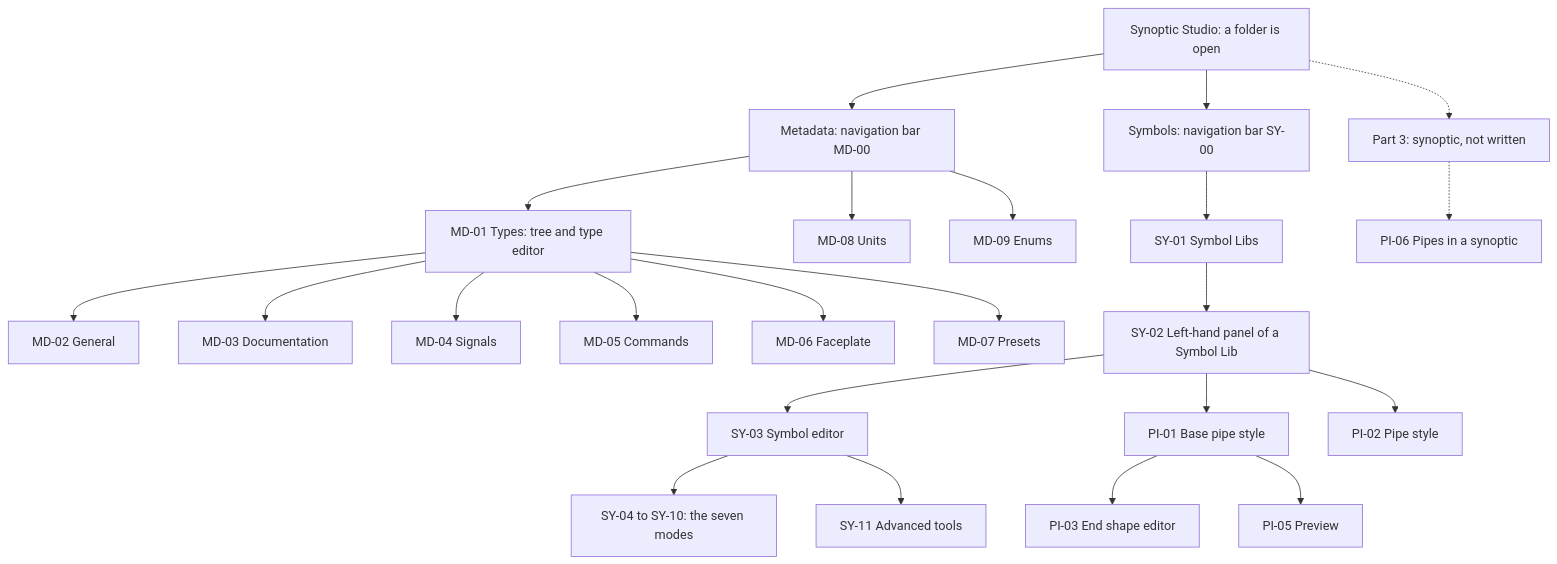
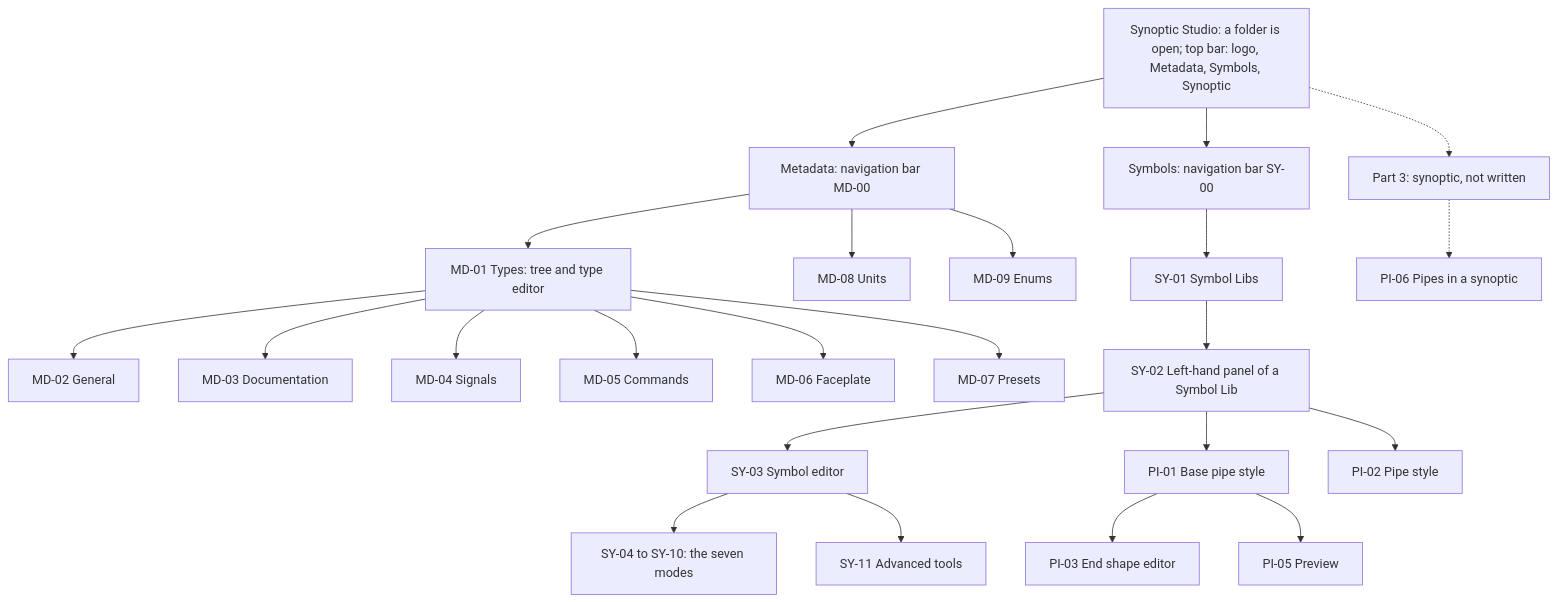
One commit to AlexandreGallais/synoptic-studio-spec changed the fourth of 4 diagrams in screens/README.md. Above: the diagram before and after it, drawn with Mermaid. The commit also changed other lines of this file and 6 other files, not shown here.

First line of the commit message:
docs(spec): add top bar, type tree actions and number-only enum keys

````diff
--- a/screens/README.md
+++ b/screens/README.md
@@ -97,27 +113,27 @@
 ```mermaid
 flowchart TD
-    APP["Synoptic Studio: a folder is open"] --> MD["Metadata: navigation bar MD-00"]
+    APP["Synoptic Studio: a folder is open; top bar: logo, Metadata, Symbols, Synoptic"] --> MD["Metadata: navigation bar MD-00"]
     APP --> SY["Symbols: navigation bar SY-00"]
     APP -.-> P3["Part 3: synoptic, not written"]
 
     MD --> MD01["MD-01 Types: tree and type editor"]
     MD01 --> MD02["MD-02 General"]
     MD01 --> MD03["MD-03 Documentation"]
     MD01 --> MD04["MD-04 Signals"]
     MD01 --> MD05["MD-05 Commands"]
     MD01 --> MD06["MD-06 Faceplate"]
     MD01 --> MD07["MD-07 Presets"]
     MD --> MD08["MD-08 Units"]
     MD --> MD09["MD-09 Enums"]
 
     SY --> SY01["SY-01 Symbol Libs"]
     SY01 --> SY02["SY-02 Left-hand panel of a Symbol Lib"]
     SY02 --> SY03["SY-03 Symbol editor"]
     SY03 --> SY04["SY-04 to SY-10: the seven modes"]
     SY03 --> SY11["SY-11 Advanced tools"]
     SY02 --> PI01["PI-01 Base pipe style"]
     SY02 --> PI02["PI-02 Pipe style"]
     PI01 --> PI03["PI-03 End shape editor"]
     PI01 --> PI05["PI-05 Preview"]
     P3 -.-> PI06["PI-06 Pipes in a synoptic"]
 ```
````
